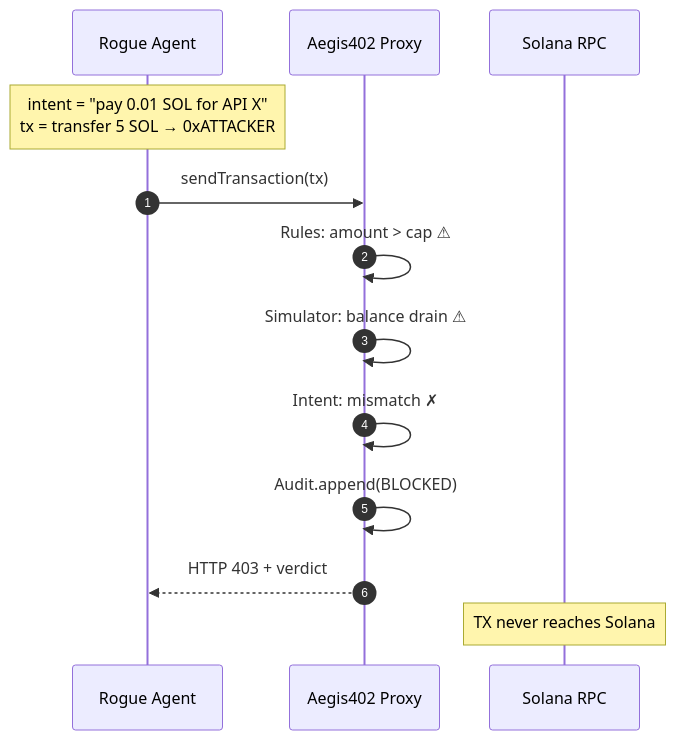
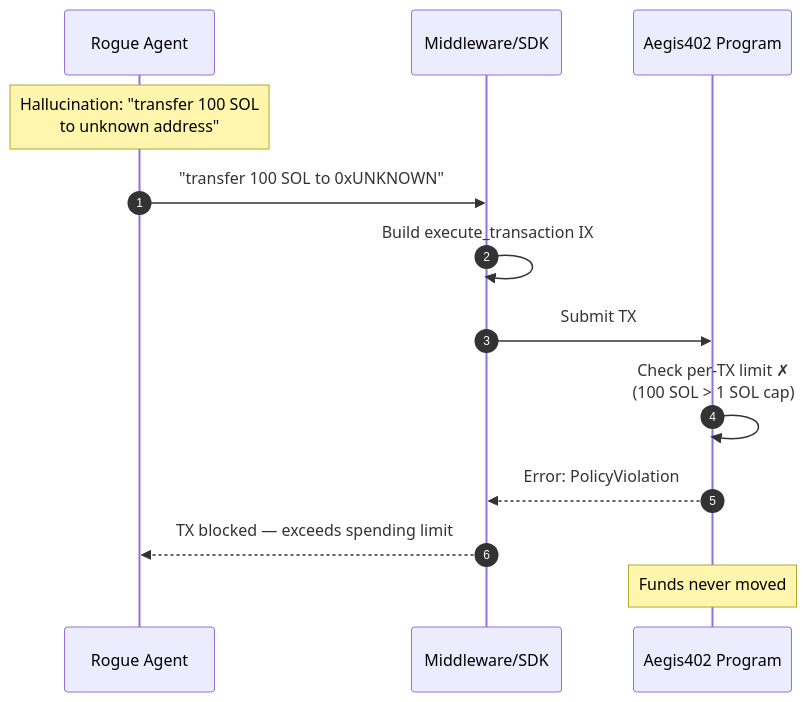
One commit to mvcavalheirojr/aegis402 changed the third of 3 diagrams in docs/ARCHITECTURE.md. Above: the diagram before and after it, drawn with Mermaid. The commit also changed other lines of this file and 5 other files, not shown here.

First line of the commit message:
docs: pivot architecture to on-chain PDA vaults with Anchor

````diff
--- a/docs/ARCHITECTURE.md
+++ b/docs/ARCHITECTURE.md
@@ -87,16 +118,16 @@
 ```mermaid
 sequenceDiagram
     autonumber
     participant R as Rogue Agent
-    participant X as Aegis402 Proxy
-    participant S as Solana RPC
+    participant M as Middleware/SDK
+    participant P as Aegis402 Program
 
-    Note over R: intent = "pay 0.01 SOL for API X"<br/>tx = transfer 5 SOL → 0xATTACKER
-    R->>X: sendTransaction(tx)
-    X->>X: Rules: amount > cap ⚠
-    X->>X: Simulator: balance drain ⚠
-    X->>X: Intent: mismatch ✗
-    X->>X: Audit.append(BLOCKED)
-    X-->>R: HTTP 403 + verdict
-    Note over S: TX never reaches Solana
+    Note over R: Hallucination: "transfer 100 SOL<br/>to unknown address"
+    R->>M: "transfer 100 SOL to 0xUNKNOWN"
+    M->>M: Build execute_transaction IX
+    M->>P: Submit TX
+    P->>P: Check per-TX limit ✗<br/>(100 SOL > 1 SOL cap)
+    P-->>M: Error: PolicyViolation
+    M-->>R: TX blocked — exceeds spending limit
+    Note over P: Funds never moved
 ```
````
